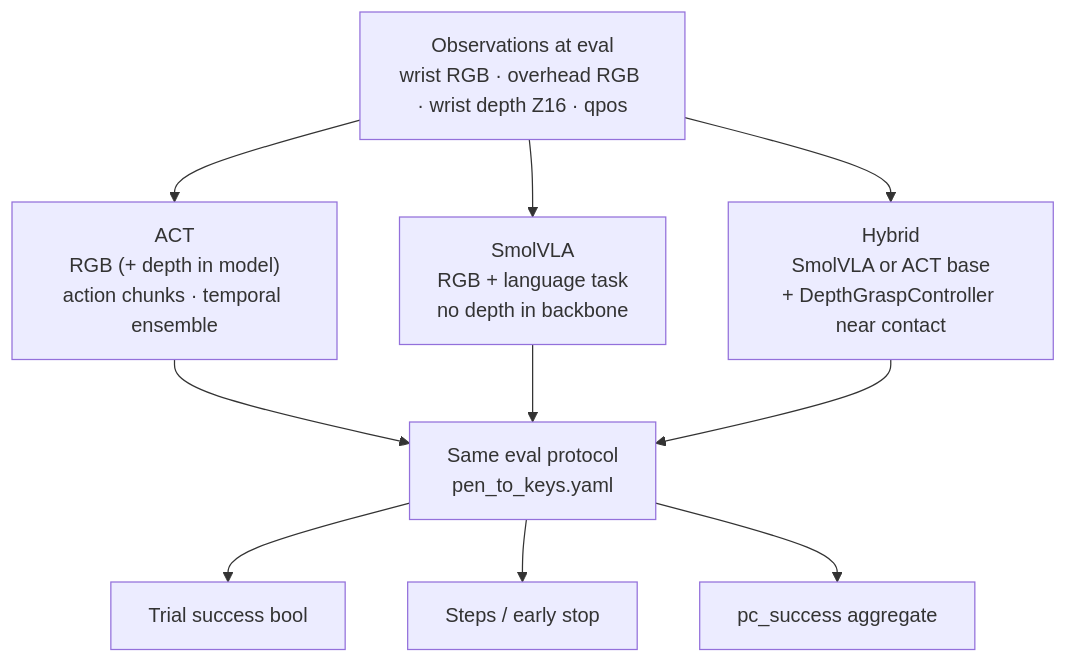
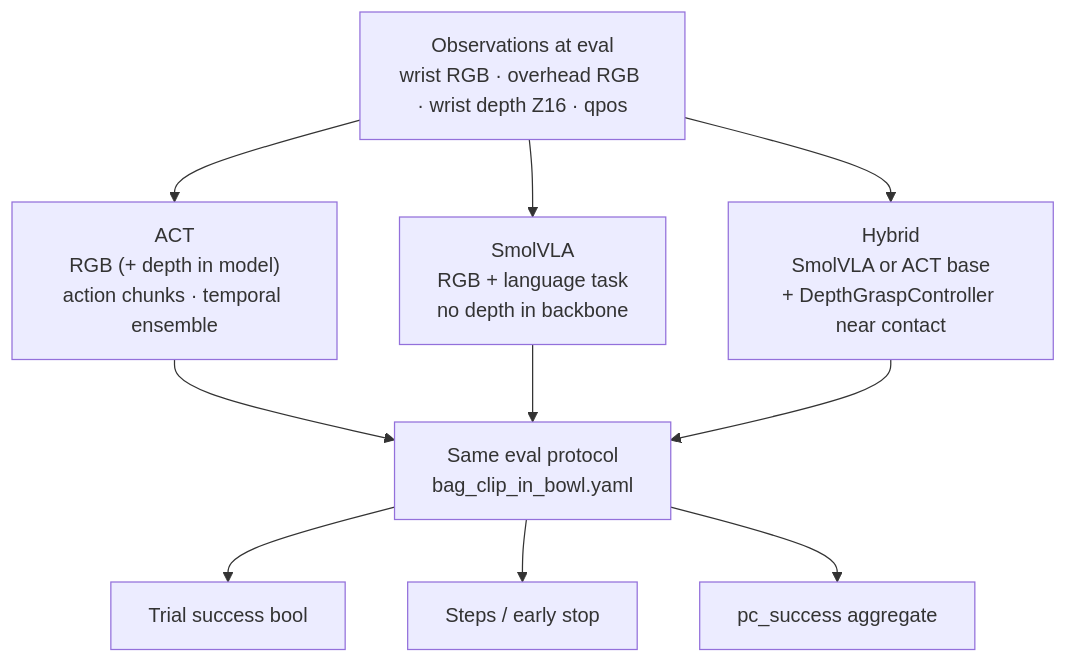
The second of 4 diagrams in docs/outcomes.md (romil0001/Imitation-learning_data_pipeline_LeRobot_SO-101), drawn with Mermaid before and after one commit. The commit also changed other lines of this file and 38 other files, not shown here.

First line of the commit message:
Switch defaults to bag-clip task and add direct Ethernet ZMQ link.

````diff
--- a/docs/outcomes.md
+++ b/docs/outcomes.md
@@ -70,16 +70,16 @@
 ```mermaid
 flowchart TB
   OBS["Observations at eval<br/>wrist RGB · overhead RGB · wrist depth Z16 · qpos"]
 
   OBS --> ACTp["ACT<br/>RGB (+ depth in model)<br/>action chunks · temporal ensemble"]
   OBS --> SVp["SmolVLA<br/>RGB + language task<br/>no depth in backbone"]
   OBS --> HYp["Hybrid<br/>SmolVLA or ACT base<br/>+ DepthGraspController near contact"]
 
-  ACTp --> OUT["Same eval protocol<br/>pen_to_keys.yaml"]
+  ACTp --> OUT["Same eval protocol<br/>bag_clip_in_bowl.yaml"]
   SVp --> OUT
   HYp --> OUT
 
   OUT --> M1["Trial success bool"]
   OUT --> M2["Steps / early stop"]
   OUT --> M3["pc_success aggregate"]
 ```
````
